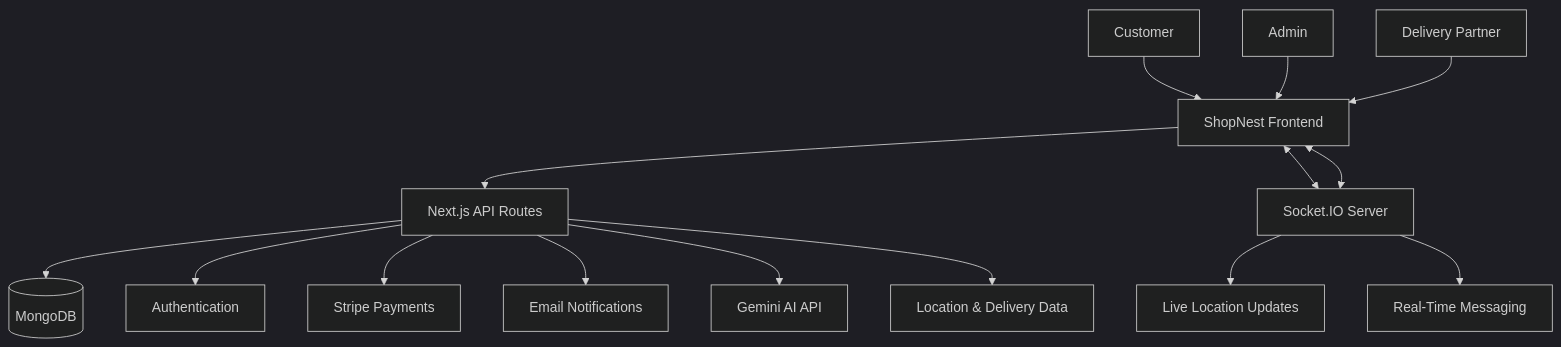
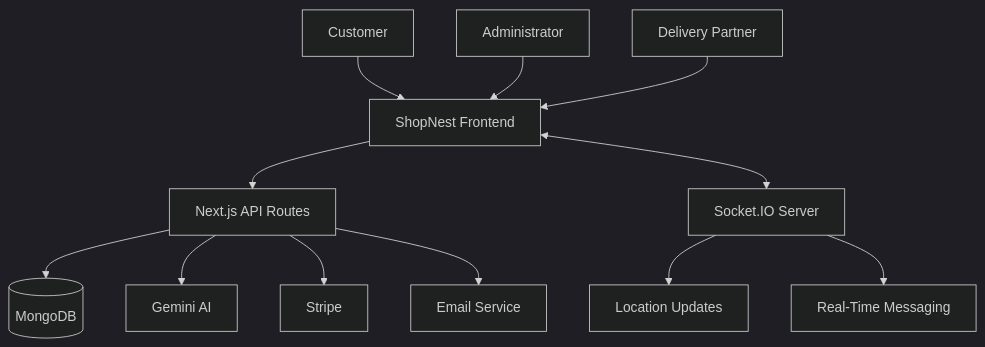
Before and after one commit to samarthpandey158/groceryFolder: the diagram in README.md, drawn with Mermaid (dark theme). The commit also changed other lines of this file, not shown here.

````diff
--- a/README.md
+++ b/README.md
@@ -145,20 +63,17 @@
 ```mermaid
 flowchart TD
-    A[Customer] --> F[ShopNest Frontend]
-    B[Admin] --> F
-    C[Delivery Partner] --> F
+    A[Customer] --> D[ShopNest Frontend]
+    B[Administrator] --> D
+    C[Delivery Partner] --> D
 
-    F --> API[Next.js API Routes]
-    F <--> RT[Socket.IO Server]
+    D --> E[Next.js API Routes]
+    D <--> F[Socket.IO Server]
 
-    API --> DB[(MongoDB)]
-    API --> AUTH[Authentication]
-    API --> PAY[Stripe Payments]
-    API --> MAIL[Email Notifications]
-    API --> AI[Gemini AI API]
-    API --> MAP[Location & Delivery Data]
+    E --> G[(MongoDB)]
+    E --> H[Gemini AI]
+    E --> I[Stripe]
+    E --> J[Email Service]
 
-    RT <--> F
-    RT --> LOC[Live Location Updates]
-    RT --> CHAT[Real-Time Messaging]
+    F --> K[Location Updates]
+    F --> L[Real-Time Messaging]
 ```
````
